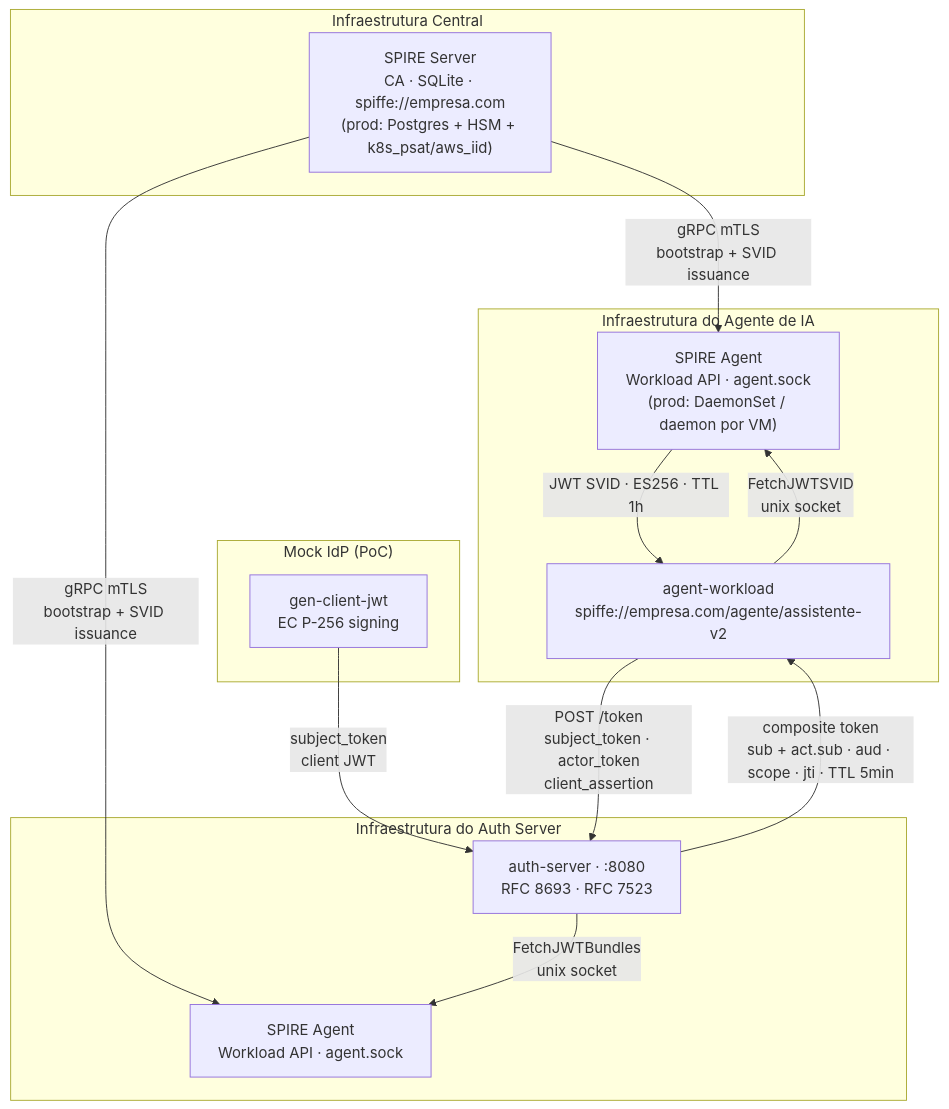
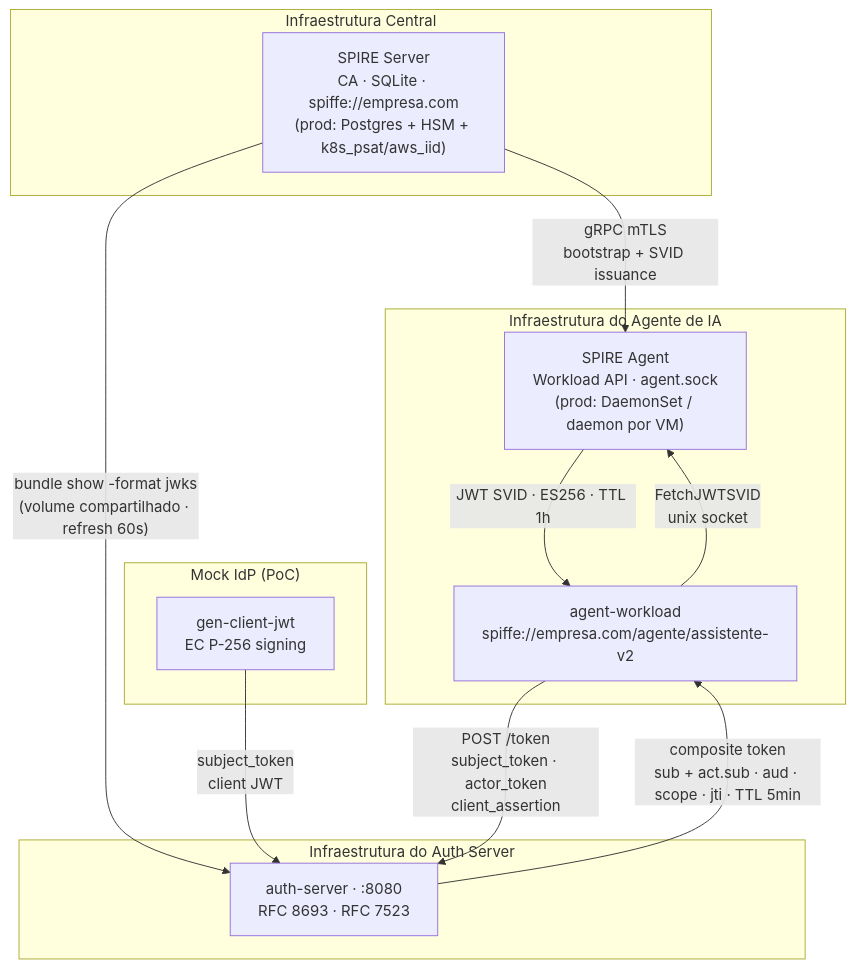
One commit to vinifuzetti/ai_identity changed the diagram in README.md. Above: the diagram before and after it, drawn with Mermaid. The commit also changed other lines of this file and 6 other files, not shown here.

First line of the commit message:
refactor: auth-server lê bundle JWKS de arquivo — remove dependência do SPIRE Agent

````diff
--- a/README.md
+++ b/README.md
@@ -9,30 +9,28 @@
 ```mermaid
 flowchart TD
     subgraph central["Infraestrutura Central"]
         SS["SPIRE Server\nCA · SQLite · spiffe://empresa.com\n(prod: Postgres + HSM + k8s_psat/aws_iid)"]
     end
 
     subgraph agentInfra["Infraestrutura do Agente de IA"]
         SA["SPIRE Agent\nWorkload API · agent.sock\n(prod: DaemonSet / daemon por VM)"]
         AW["agent-workload\nspiffe://empresa.com/agente/assistente-v2"]
         SA -->|"JWT SVID · ES256 · TTL 1h"| AW
     end
 
     subgraph authInfra["Infraestrutura do Auth Server"]
-        SA2["SPIRE Agent\nWorkload API · agent.sock"]
         AS["auth-server · :8080\nRFC 8693 · RFC 7523"]
     end
 
     subgraph idp["Mock IdP (PoC)"]
         GJ["gen-client-jwt\nEC P-256 signing"]
     end
 
     SS -->|"gRPC mTLS\nbootstrap + SVID issuance"| SA
-    SS -->|"gRPC mTLS\nbootstrap + SVID issuance"| SA2
+    SS -->|"bundle show -format jwks\n(volume compartilhado · refresh 60s)"| AS
 
     GJ -->|"subject_token\nclient JWT"| AS
     AW -->|"FetchJWTSVID\nunix socket"| SA
     AW -->|"POST /token\nsubject_token · actor_token\nclient_assertion"| AS
-    AS -->|"FetchJWTBundles\nunix socket"| SA2
     AS -->|"composite token\nsub + act.sub · aud · scope · jti · TTL 5min"| AW
 ```
````
